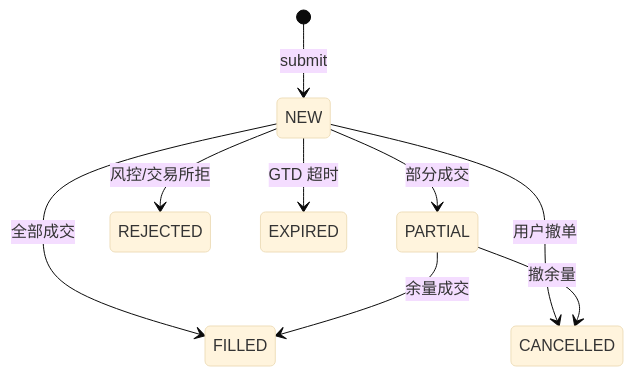
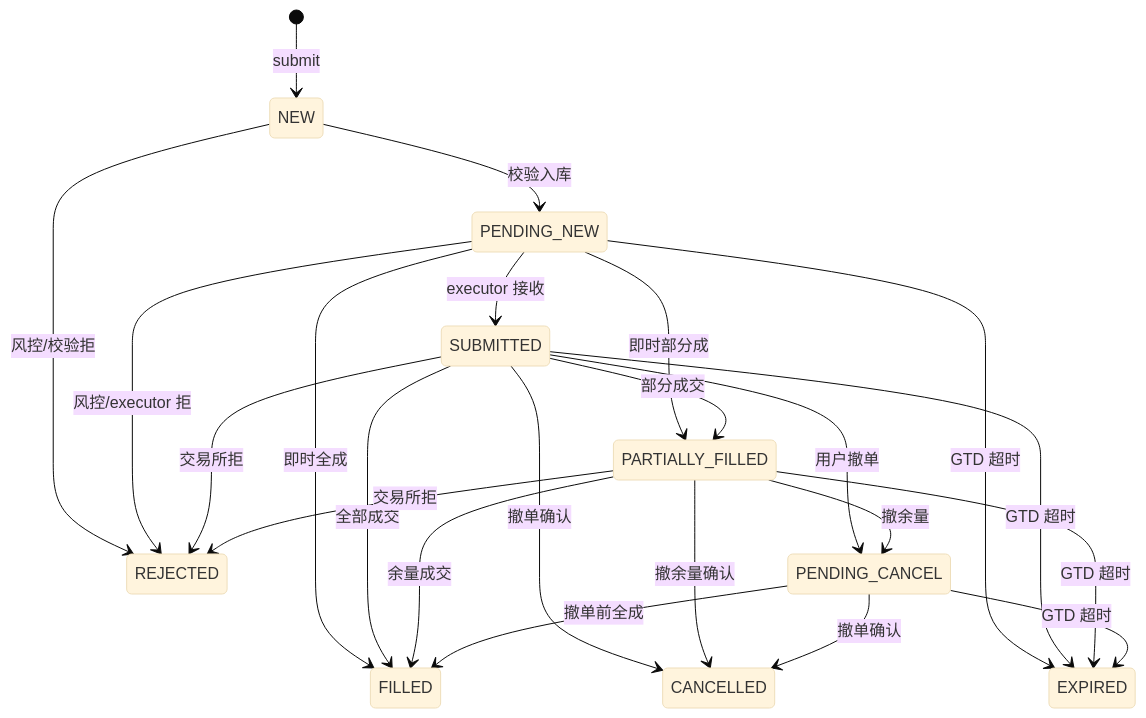
Before and after one commit to huiboxes/kwikquant: the diagram in docs/behavior-contract.md, drawn with Mermaid (base theme). The commit also changed other lines of this file and 12 other files, not shown here.

````diff
--- a/docs/behavior-contract.md
+++ b/docs/behavior-contract.md
@@ -86,11 +86,25 @@
 ```mermaid
 stateDiagram-v2
     [*] --> NEW: submit
-    NEW --> PARTIAL: 部分成交
-    NEW --> FILLED: 全部成交
-    NEW --> CANCELLED: 用户撤单
-    NEW --> REJECTED: 风控/交易所拒
-    NEW --> EXPIRED: GTD 超时
-    PARTIAL --> FILLED: 余量成交
-    PARTIAL --> CANCELLED: 撤余量
+    NEW --> PENDING_NEW: 校验入库
+    NEW --> REJECTED: 风控/校验拒
+    PENDING_NEW --> SUBMITTED: executor 接收
+    PENDING_NEW --> FILLED: 即时全成
+    PENDING_NEW --> PARTIALLY_FILLED: 即时部分成
+    PENDING_NEW --> REJECTED: 风控/executor 拒
+    PENDING_NEW --> EXPIRED: GTD 超时
+    SUBMITTED --> PARTIALLY_FILLED: 部分成交
+    SUBMITTED --> FILLED: 全部成交
+    SUBMITTED --> PENDING_CANCEL: 用户撤单
+    SUBMITTED --> CANCELLED: 撤单确认
+    SUBMITTED --> REJECTED: 交易所拒
+    SUBMITTED --> EXPIRED: GTD 超时
+    PARTIALLY_FILLED --> FILLED: 余量成交
+    PARTIALLY_FILLED --> PENDING_CANCEL: 撤余量
+    PARTIALLY_FILLED --> CANCELLED: 撤余量确认
+    PARTIALLY_FILLED --> REJECTED: 交易所拒
+    PARTIALLY_FILLED --> EXPIRED: GTD 超时
+    PENDING_CANCEL --> CANCELLED: 撤单确认
+    PENDING_CANCEL --> FILLED: 撤单前全成
+    PENDING_CANCEL --> EXPIRED: GTD 超时
 ```
````
